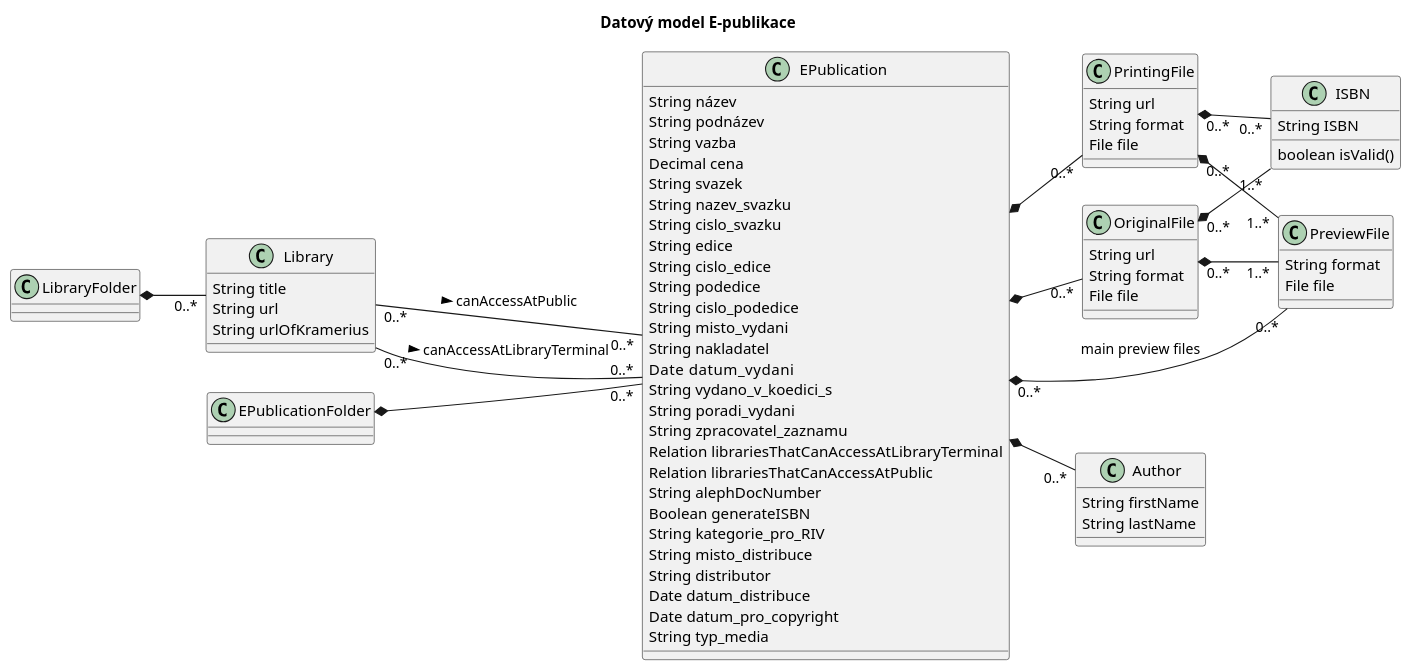
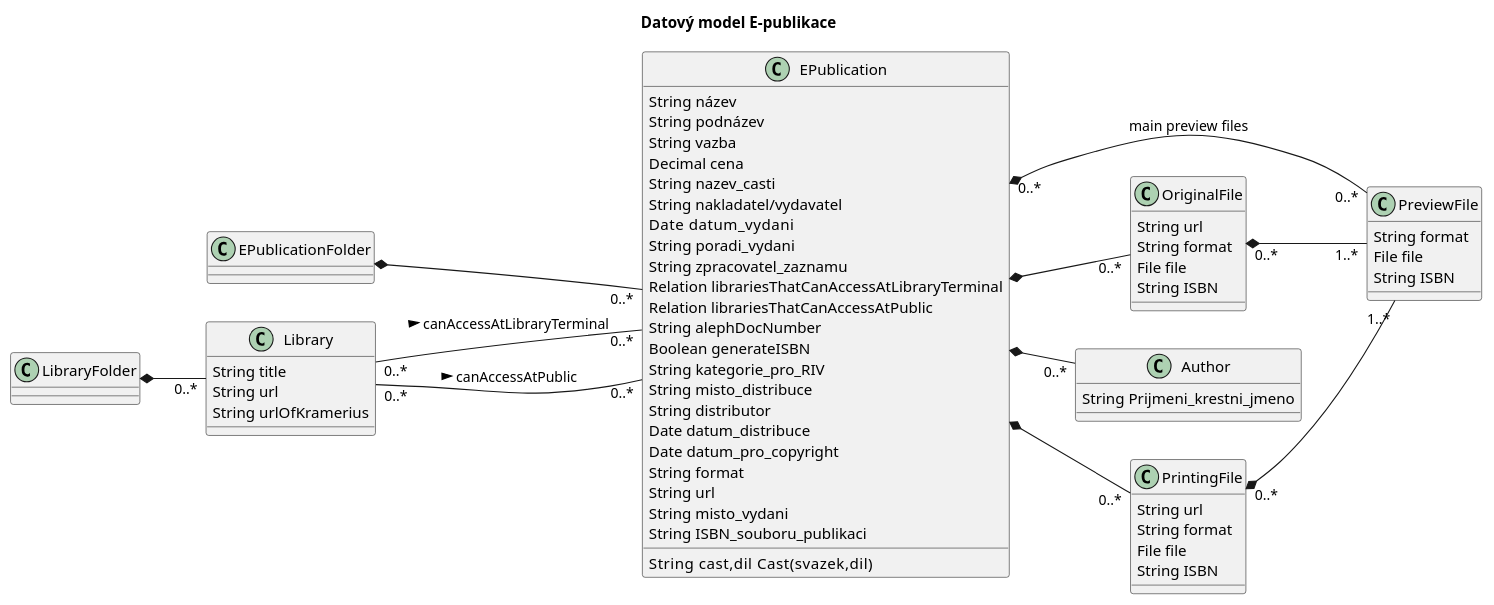
Before and after one commit to edeposit/edeposit: the diagram in docs/dm01.plantuml, drawn with PlantUML. The commit also changed 11 other files, not shown here.

```diff
--- a/docs/dm01.plantuml
+++ b/docs/dm01.plantuml
@@ -1,89 +1,79 @@
 @startuml
 skinparam componentStyle uml2
 left to right direction
 title Datový model E-publikace
 
 class Library {
       String title
       String url
       String urlOfKramerius
 }
 
-class ISBN {
-      String ISBN
-      boolean isValid()
-}
-
 class PreviewFile {
       String format
       File file
+      String ISBN
 }
 
 class OriginalFile {
       String url
       String format
       File file
+      String ISBN
 }
 
 class Author {
-      String firstName
-      String lastName
+      String Prijmeni_krestni_jmeno
 }
 
 class PrintingFile {
       String url
       String format
       File file
+      String ISBN
 }
 
 class EPublication {
       String název  
       String podnázev
       String vazba 
       Decimal cena 
-      String svazek
-      String nazev_svazku
-      String cislo_svazku
-      String edice
-      String cislo_edice
-      String podedice
-      String cislo_podedice
-      String misto_vydani
-      String nakladatel
+      String cast,dil     Cast(svazek,dil)
+      String nazev_casti
+      String nakladatel/vydavatel
       Date   datum_vydani
-      String vydano_v_koedici_s
       String poradi_vydani
       String zpracovatel_zaznamu
       Relation librariesThatCanAccessAtLibraryTerminal
       Relation librariesThatCanAccessAtPublic
       String alephDocNumber
       Boolean generateISBN
       String kategorie_pro_RIV
       String misto_distribuce
       String distributor
       Date datum_distribuce
       Date datum_pro_copyright
-      String typ_media
+      String format
+      String url
+      String misto_vydani
+      String ISBN_souboru_publikaci
 }
 
 class EPublicationFolder {
-      
 }
 
 class LibraryFolder {
 }
 
 Library "0..*" -- "0..*" EPublication: canAccessAtLibraryTerminal >
 Library "0..*" -- "0..*" EPublication: canAccessAtPublic >
 EPublication *-- "0..*" OriginalFile
 EPublication *-- "0..*" PrintingFile
 EPublication *-- "0..*" Author
 EPublication "0..*" *-- "0..*" PreviewFile: main preview files
-OriginalFile "0..*" *-- "1..*" ISBN
-PrintingFile "0..*" *-- "0..*" ISBN
 OriginalFile "0..*" *-- "1..*" PreviewFile
 PrintingFile "0..*" *-- "1..*" PreviewFile
 EPublicationFolder *-- "0..*" EPublication
 LibraryFolder *-- "0..*" Library
 
 @enduml
```
